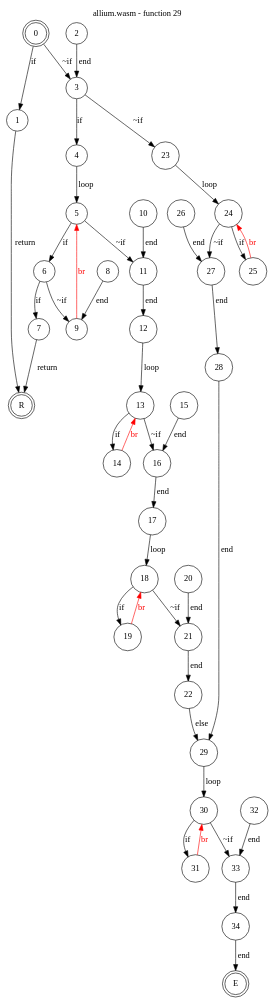
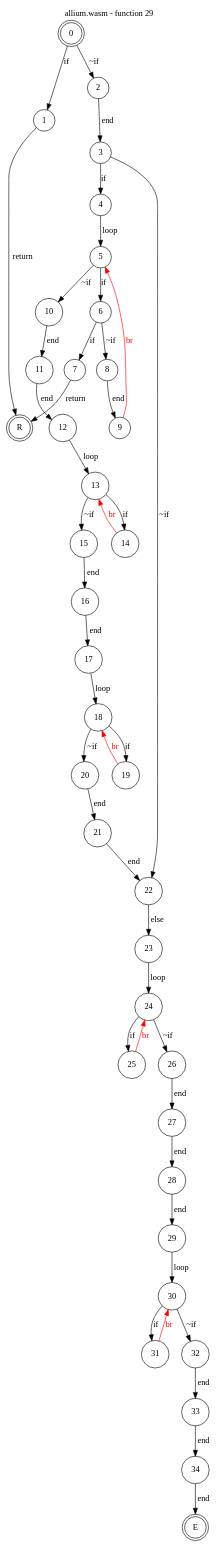
Before and after one commit to jsCarleton/wanalyze: the diagram in test_cases/allium/funcs/allium-func29.dot, drawn with Graphviz. The commit also changed 205 other files, not shown here.

```diff
--- a/test_cases/allium/funcs/allium-func29.dot
+++ b/test_cases/allium/funcs/allium-func29.dot
@@ -1,52 +1,52 @@
 digraph finite_state_machine {
     label = "allium.wasm - function 29"
     labelloc =  t
     labelfontsize = 16
     labelfontcolor = black
     labelfontname = "Helvetica"
     node [shape = doublecircle]; 0 E R ;
     node [shape = circle];
     0 -> 1[label="if"];
-    0 -> 3[label="~if"];
+    0 -> 2[label="~if"];
     1 -> R[label="return"];
     2 -> 3[label="end"];
     3 -> 4[label="if"];
-    3 -> 23[label="~if"];
+    3 -> 22[label="~if"];
     4 -> 5[label="loop"];
     5 -> 6[label="if"];
-    5 -> 11[label="~if"];
+    5 -> 10[label="~if"];
     6 -> 7[label="if"];
-    6 -> 9[label="~if"];
+    6 -> 8[label="~if"];
     7 -> R[label="return"];
     8 -> 9[label="end"];
     9 -> 5[color="red" fontcolor="red" label="br"];
     10 -> 11[label="end"];
     11 -> 12[label="end"];
     12 -> 13[label="loop"];
     13 -> 14[label="if"];
-    13 -> 16[label="~if"];
+    13 -> 15[label="~if"];
     14 -> 13[color="red" fontcolor="red" label="br"];
     15 -> 16[label="end"];
     16 -> 17[label="end"];
     17 -> 18[label="loop"];
     18 -> 19[label="if"];
-    18 -> 21[label="~if"];
+    18 -> 20[label="~if"];
     19 -> 18[color="red" fontcolor="red" label="br"];
     20 -> 21[label="end"];
     21 -> 22[label="end"];
-    22 -> 29[label="else"];
+    22 -> 23[label="else"];
     23 -> 24[label="loop"];
     24 -> 25[label="if"];
-    24 -> 27[label="~if"];
+    24 -> 26[label="~if"];
     25 -> 24[color="red" fontcolor="red" label="br"];
     26 -> 27[label="end"];
     27 -> 28[label="end"];
     28 -> 29[label="end"];
     29 -> 30[label="loop"];
     30 -> 31[label="if"];
-    30 -> 33[label="~if"];
+    30 -> 32[label="~if"];
     31 -> 30[color="red" fontcolor="red" label="br"];
     32 -> 33[label="end"];
     33 -> 34[label="end"];
     34 -> E[label="end"];
 }
```
